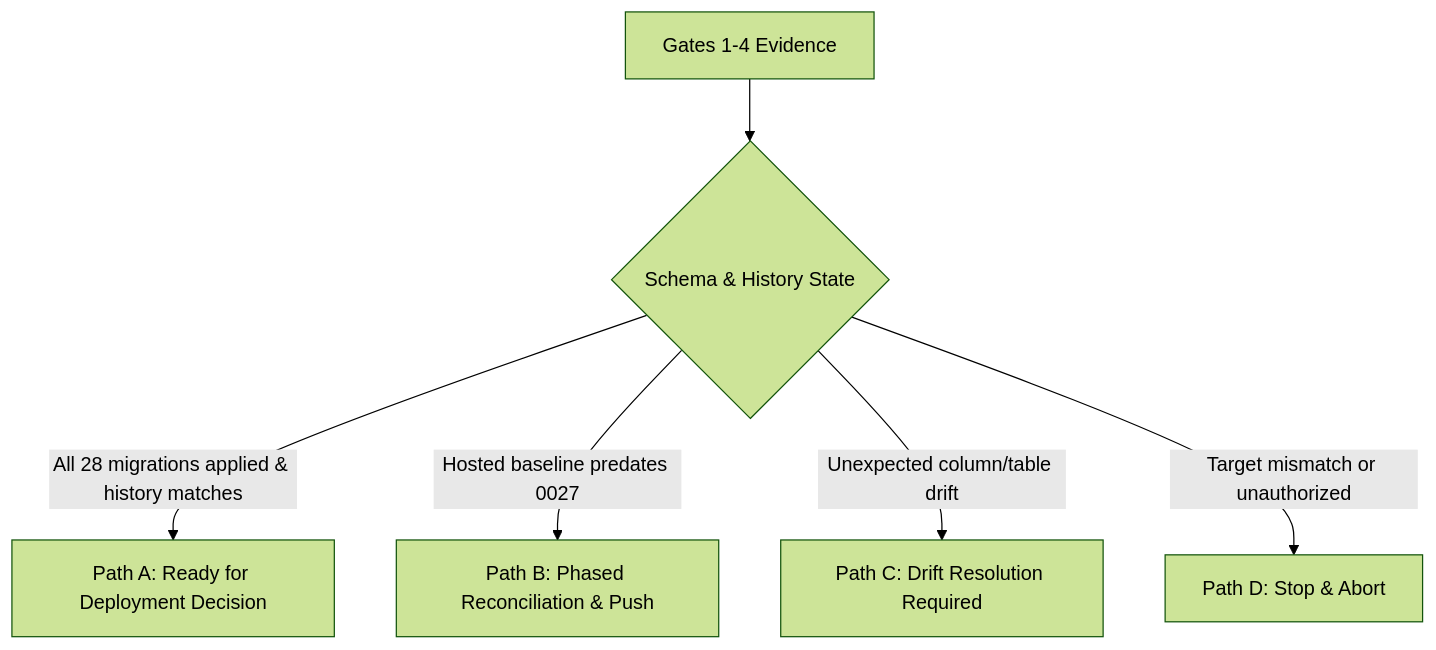
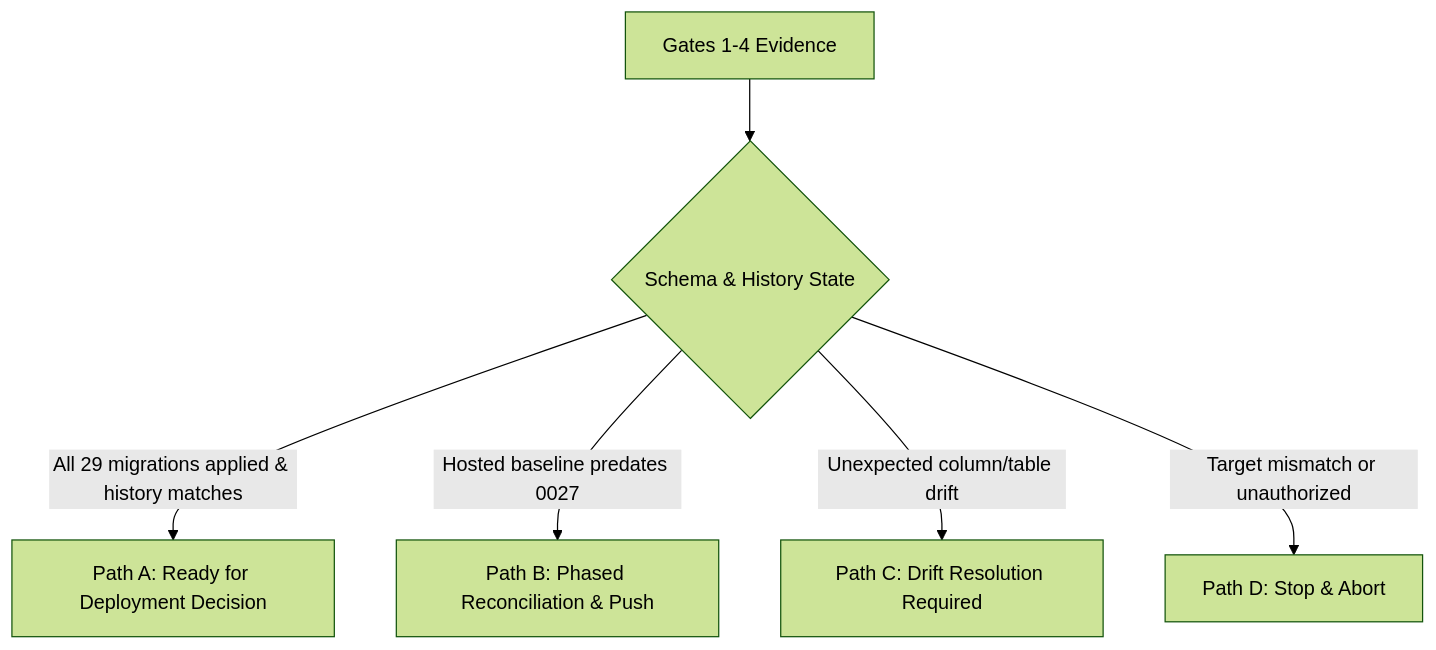
The diagram in infra/supabase/staging-reconciliation-runbook.md (acmis1/capstone-impact-platform), drawn with Mermaid (forest theme) before and after one commit. The commit also changed other lines of this file and 42 other files, not shown here.

````diff
--- a/infra/supabase/staging-reconciliation-runbook.md
+++ b/infra/supabase/staging-reconciliation-runbook.md
@@ -142,8 +145,8 @@
 ```mermaid
 flowchart TD
     G[Gates 1-4 Evidence] --> C{Schema & History State}
-    C -->|All 28 migrations applied & history matches| PA[Path A: Ready for Deployment Decision]
+    C -->|All 29 migrations applied & history matches| PA[Path A: Ready for Deployment Decision]
     C -->|Hosted baseline predates 0027| PB[Path B: Phased Reconciliation & Push]
     C -->|Unexpected column/table drift| PC[Path C: Drift Resolution Required]
     C -->|Target mismatch or unauthorized| PD[Path D: Stop & Abort]
 ```
````
